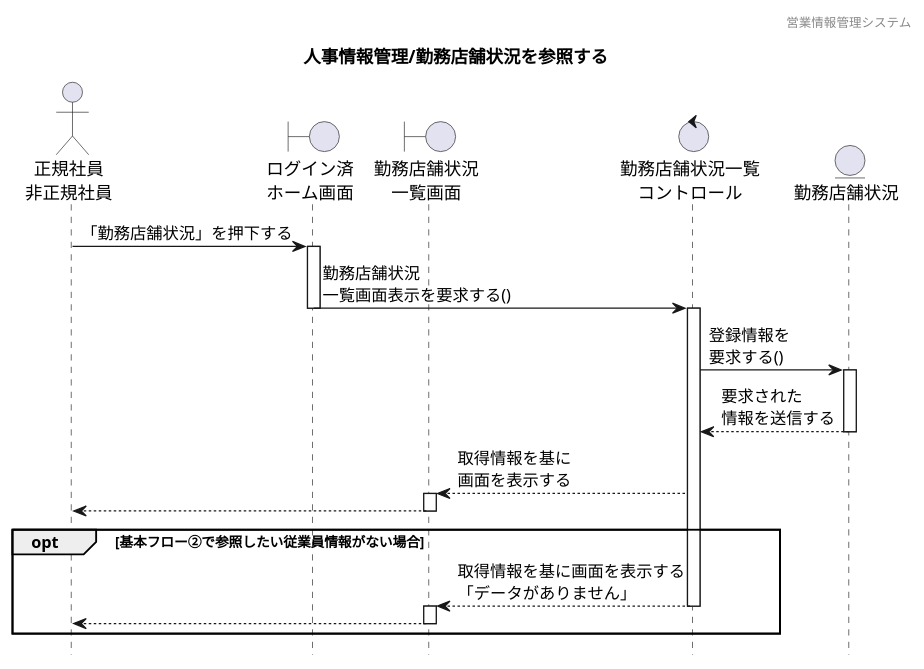
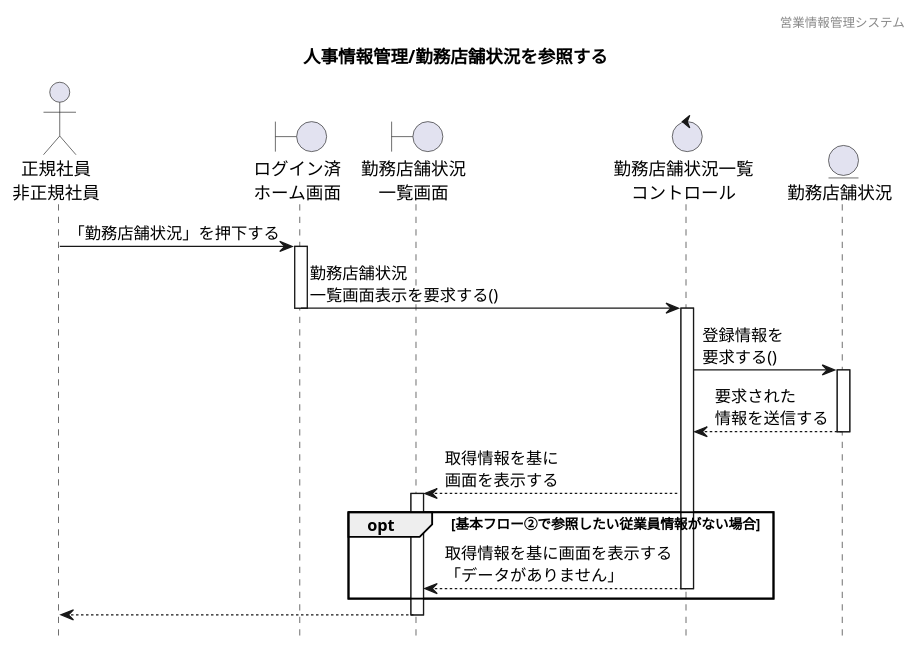
The diagram in 各種設計書/4シーケンス図/人事情報管理/3.勤務店舗状況編集/未_勤務店舗状況参照.plantuml (HaruShim/Sotuken), drawn with PlantUML before and after one commit. The commit also changed 2 other files, not shown here.

```diff
--- a/各種設計書/4シーケンス図/人事情報管理/3.勤務店舗状況編集/未_勤務店舗状況参照.plantuml
+++ b/各種設計書/4シーケンス図/人事情報管理/3.勤務店舗状況編集/未_勤務店舗状況参照.plantuml
@@ -1,50 +1,45 @@
 @startuml シーケンス図
 ' 下アイコン除去
 hide footbox
 ' ヘッダー
 header 営業情報管理システム
 ' タイトル
 title 人事情報管理/勤務店舗状況を参照する
 
 
 ' actor "" as 
 actor "正規社員\n非正規社員" as a1
 
 ' boundary "" as 
 boundary "ログイン済\nホーム画面" as b1
 boundary "勤務店舗状況\n一覧画面" as b2
 
 ' control "" as 
 control "勤務店舗状況一覧\nコントロール" as c1
 
 ' entity "" as
 entity "勤務店舗状況" as e1
 
 
-' 長谷川
 a1 -> b1 : 「勤務店舗状況」を押下する
 activate b1
 b1 -> c1 : 勤務店舗状況\n一覧画面表示を要求する()
 deactivate b1
 activate c1
 c1 -> e1 : 登録情報を\n要求する() 
 activate e1
 e1 --> c1 : 要求された\n情報を送信する
 deactivate e1
 b2 <-- c1 : 取得情報を基に\n画面を表示する
 activate b2
-a1 <-- b2
-deactivate b2
 
 ' 代替フロー
 opt 基本フロー②で参照したい従業員情報がない場合
 b2 <-- c1 : 取得情報を基に画面を表示する\n「データがありません」
 deactivate c1
-activate b2
+end
+
 a1 <-- b2
 deactivate b2
-end
-
-
 
 @enduml
```
